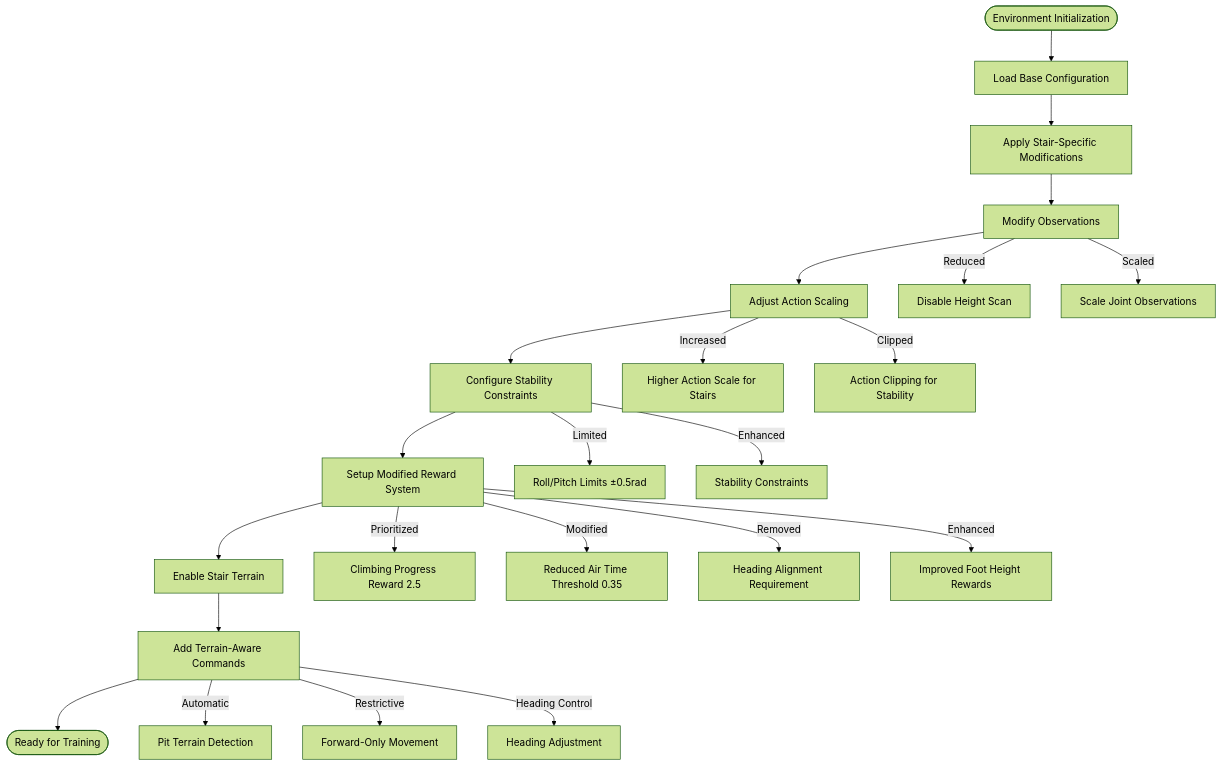
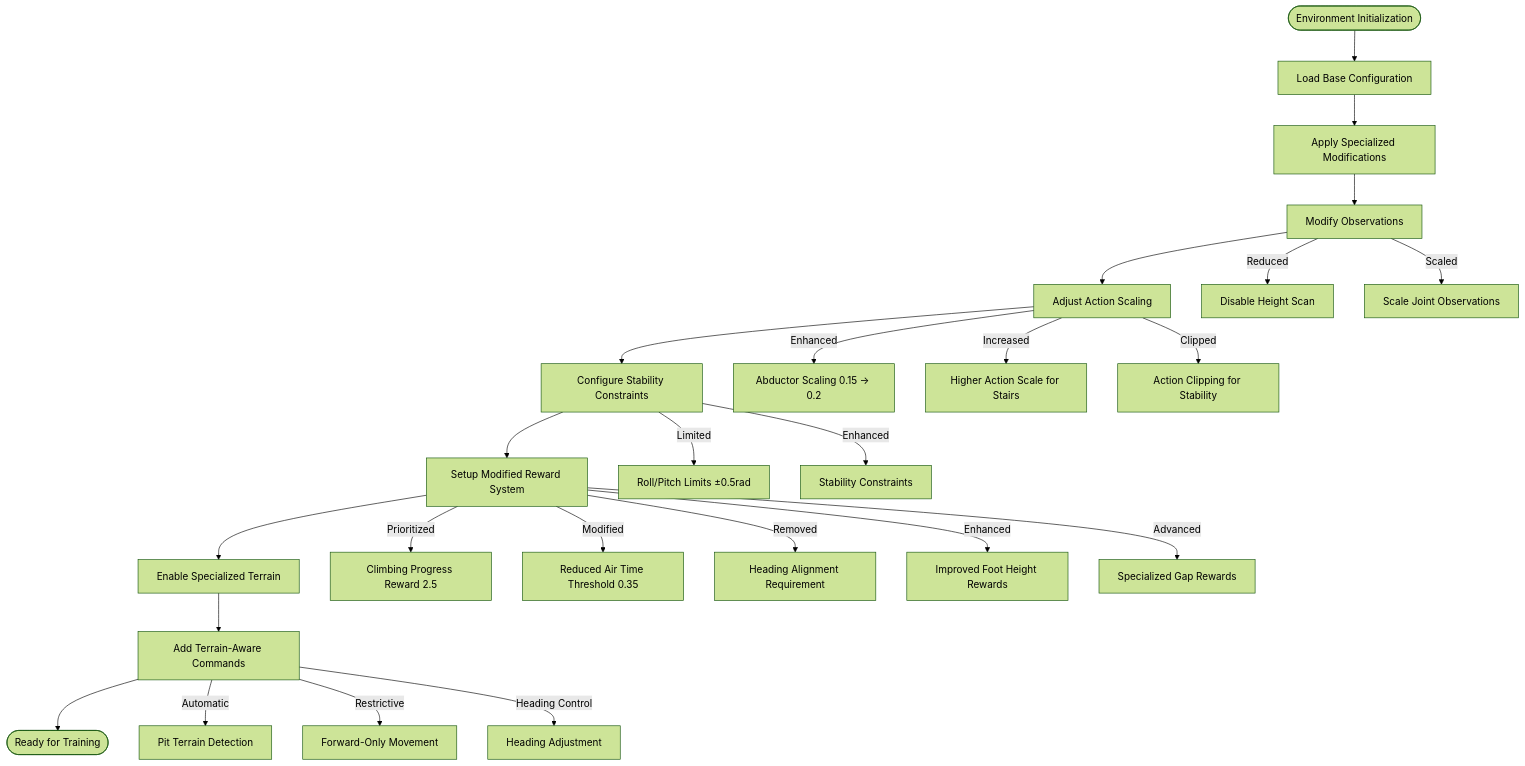
The fourth of 10 diagrams in .qoder/repowiki/en/content/ZSIBOT ZSL1 Stair Climbing Configuration.md (jayjayhust/robot_lab), drawn with Mermaid (forest theme) before and after one commit. The commit also changed other lines of this file and 9 other files, not shown here.

````diff
--- a/.qoder/repowiki/en/content/ZSIBOT ZSL1 Stair Climbing Configuration.md
+++ b/.qoder/repowiki/en/content/ZSIBOT ZSL1 Stair Climbing Configuration.md
@@ -263,25 +286,27 @@
 ```mermaid
 flowchart TD
 START([Environment Initialization]) --> LOAD_BASE["Load Base Configuration"]
-LOAD_BASE --> APPLY_STAIR["Apply Stair-Specific Modifications"]
-APPLY_STAIR --> MODIFY_OBS["Modify Observations"]
+LOAD_BASE --> APPLY_SPECIALIZATION["Apply Specialized Modifications"]
+APPLY_SPECIALIZATION --> MODIFY_OBS["Modify Observations"]
 MODIFY_OBS --> ADJUST_ACTIONS["Adjust Action Scaling"]
 ADJUST_ACTIONS --> CONFIG_EVENTS["Configure Stability Constraints"]
 CONFIG_EVENTS --> SETUP_REWARDS["Setup Modified Reward System"]
-SETUP_REWARDS --> ENABLE_TERRAIN["Enable Stair Terrain"]
+SETUP_REWARDS --> ENABLE_TERRAIN["Enable Specialized Terrain"]
 ENABLE_TERRAIN --> ADD_COMMANDS["Add Terrain-Aware Commands"]
 ADD_COMMANDS --> END([Ready for Training])
 MODIFY_OBS --> |Reduced| HEIGHT_SCAN["Disable Height Scan"]
 MODIFY_OBS --> |Scaled| JOINT_OBS["Scale Joint Observations"]
+ADJUST_ACTIONS --> |Enhanced| ABAD_SCALE["Abductor Scaling 0.15 → 0.2"]
 ADJUST_ACTIONS --> |Increased| STAIR_ACTIONS["Higher Action Scale for Stairs"]
 ADJUST_ACTIONS --> |Clipped| JOINT_CLIP["Action Clipping for Stability"]
 CONFIG_EVENTS --> |Limited| ROLL_PITCH["Roll/Pitch Limits ±0.5rad"]
 CONFIG_EVENTS --> |Enhanced| RESET_STABILITY["Stability Constraints"]
 SETUP_REWARDS --> |Prioritized| CLIMB_PROGRESS["Climbing Progress Reward 2.5"]
 SETUP_REWARDS --> |Modified| AIR_TIME["Reduced Air Time Threshold 0.35"]
 SETUP_REWARDS --> |Removed| HEADING_ALIGN["Heading Alignment Requirement"]
 SETUP_REWARDS --> |Enhanced| FOOT_HEIGHT["Improved Foot Height Rewards"]
+SETUP_REWARDS --> |Advanced| GAP_REWARDS["Specialized Gap Rewards"]
 ADD_COMMANDS --> |Automatic| PIT_DETECTION["Pit Terrain Detection"]
 ADD_COMMANDS --> |Restrictive| FORWARD_ONLY["Forward-Only Movement"]
 ADD_COMMANDS --> |Heading Control| HEADING_ADJUST["Heading Adjustment"]
 ```
````
